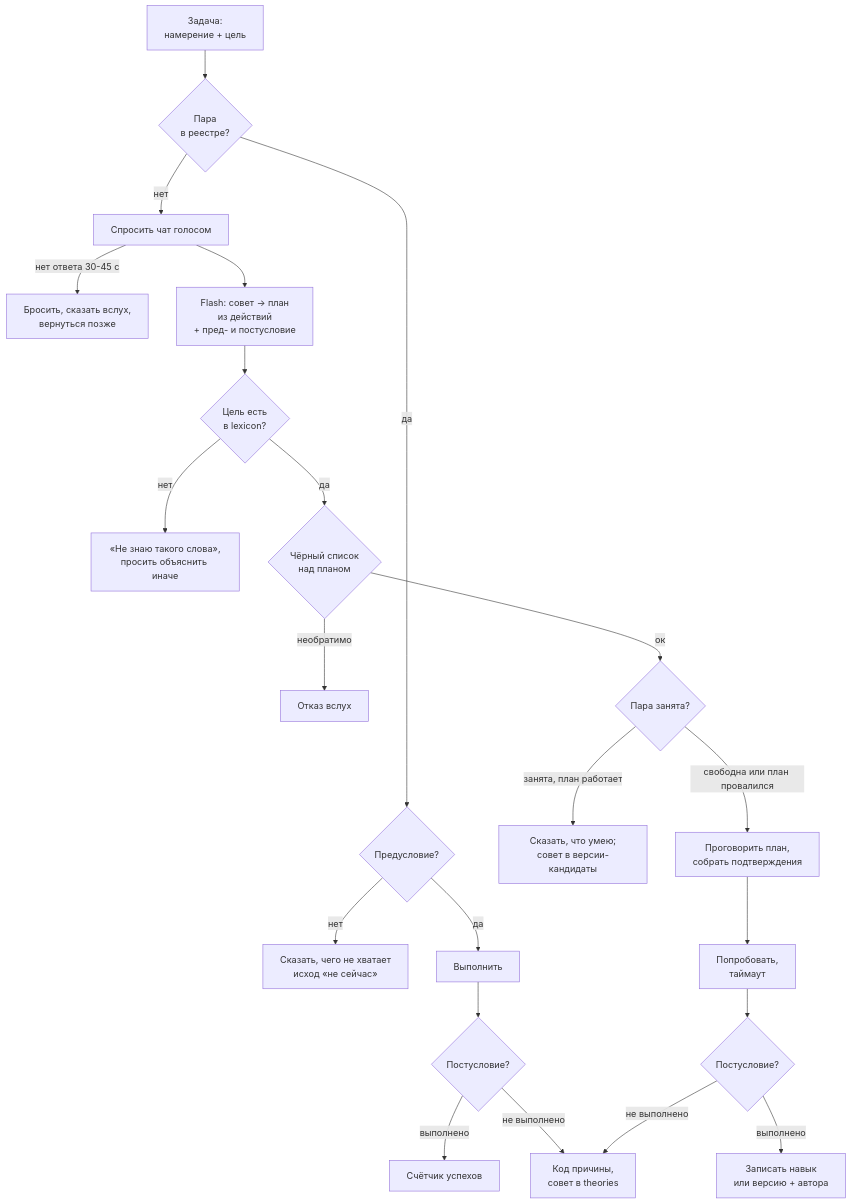
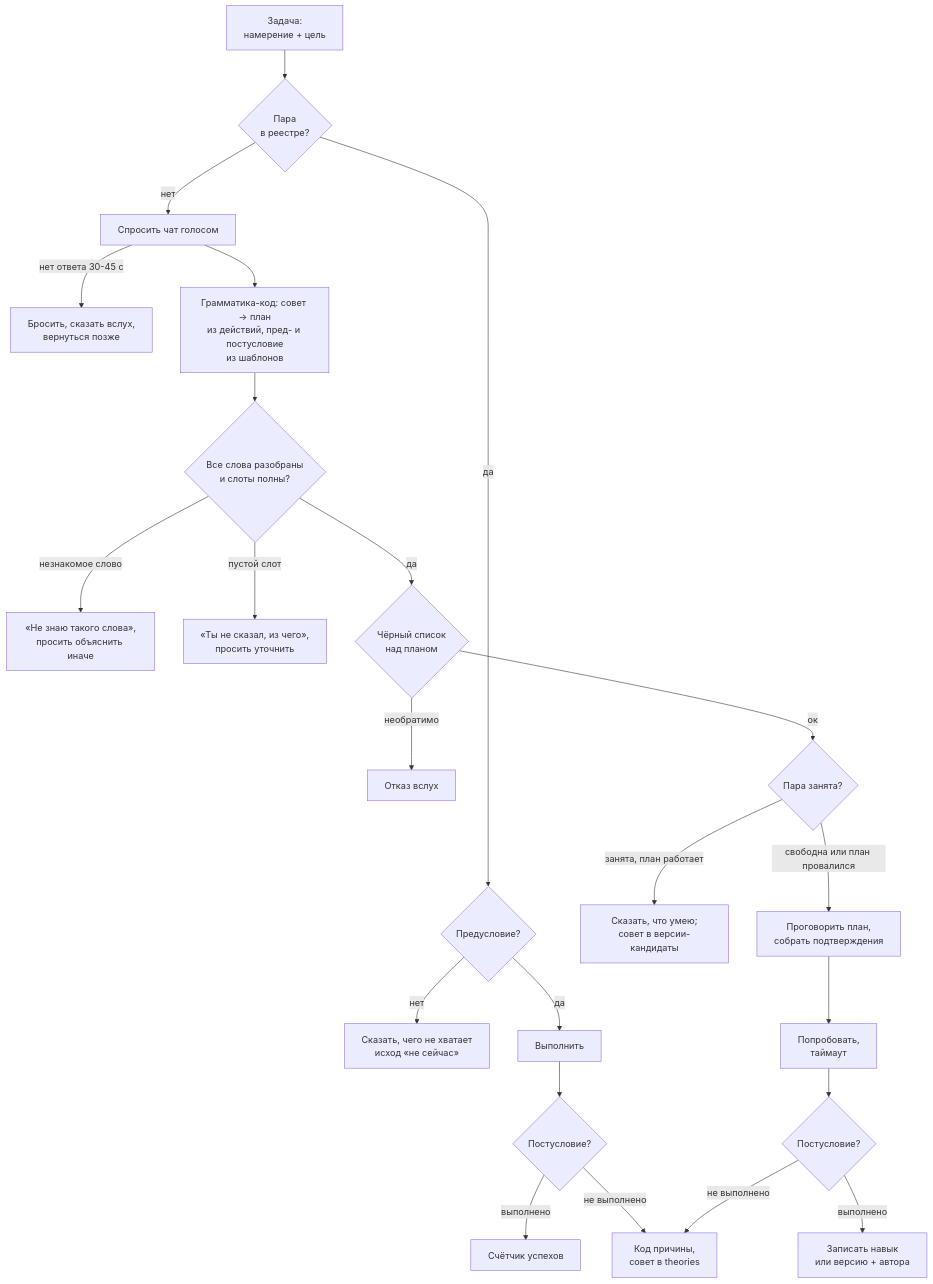
The second of 2 diagrams in docs/tz-v2.md (AvocadoDuesVult/Project_MansClothes), drawn with Mermaid before and after one commit. The commit also changed other lines of this file and 1 other file, not shown here.

````diff
--- a/docs/tz-v2.md
+++ b/docs/tz-v2.md
@@ -372,24 +378,25 @@
 ```mermaid
 flowchart TD
   S[Задача:<br/>намерение + цель] --> K{Пара<br/>в реестре?}
   K -->|да| PRE{Предусловие?}
   PRE -->|нет| LATER[Сказать, чего не хватает<br/>исход «не сейчас»]
   PRE -->|да| DO[Выполнить]
   DO --> RES{Постусловие?}
   RES -->|выполнено| CNT[Счётчик успехов]
   RES -->|не выполнено| M[Код причины,<br/>совет в theories]
   K -->|нет| ASK[Спросить чат голосом]
   ASK -->|нет ответа 30-45 с| TO[Бросить, сказать вслух,<br/>вернуться позже]
-  ASK --> P[Flash: совет → план<br/>из действий<br/>+ пред- и постусловие]
-  P --> LEX{Цель есть<br/>в lexicon?}
-  LEX -->|нет| HUH[«Не знаю такого слова»,<br/>просить объяснить иначе]
+  ASK --> P[Грамматика-код: совет → план<br/>из действий, пред- и постусловие<br/>из шаблонов]
+  P --> LEX{Все слова разобраны<br/>и слоты полны?}
+  LEX -->|незнакомое слово| HUH[«Не знаю такого слова»,<br/>просить объяснить иначе]
+  LEX -->|пустой слот| GAP[«Ты не сказал, из чего»,<br/>просить уточнить]
   LEX -->|да| GUARD{Чёрный список<br/>над планом}
   GUARD -->|необратимо| NO[Отказ вслух]
   GUARD -->|ок| BUSY{Пара занята?}
   BUSY -->|занята, план работает| CAND[Сказать, что умею;<br/>совет в версии-кандидаты]
   BUSY -->|свободна или план провалился| VOTE[Проговорить план,<br/>собрать подтверждения]
   VOTE --> TRY[Попробовать,<br/>таймаут]
   TRY --> RES2{Постусловие?}
   RES2 -->|выполнено| W[Записать навык<br/>или версию + автора]
   RES2 -->|не выполнено| M
 ```
````
